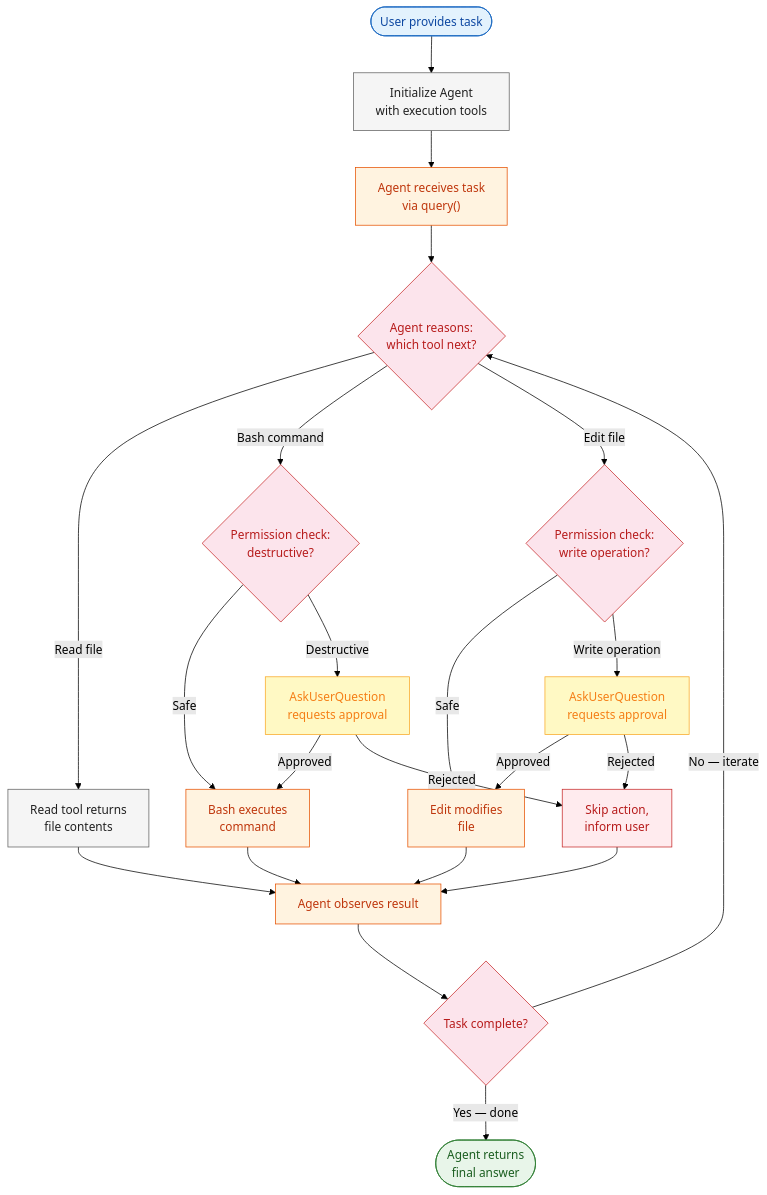
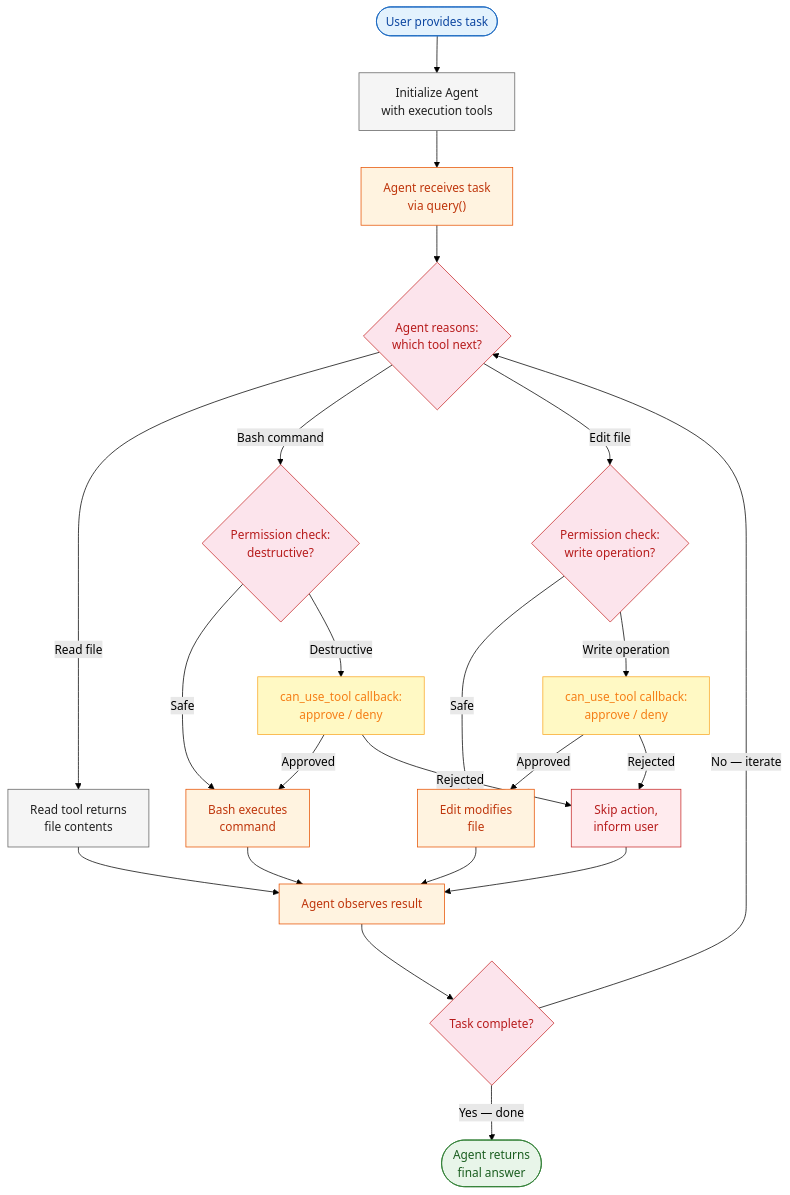
One commit to AyushSinghRana15/SDK changed the first of 4 diagrams in Module2/lab2_safe_execution.md. Above: the diagram before and after it, drawn with Mermaid (forest theme). The commit also changed other lines of this file and 10 other files, not shown here.

Commit message:
Fix prompt_stream dict format, can_use_tool input, restore outdated requirements, remove generated test files

````diff
--- a/Module2/lab2_safe_execution.md
+++ b/Module2/lab2_safe_execution.md
@@ -44,40 +45,40 @@
 ```mermaid
 flowchart TD
     A(["User provides task"]) --> B["Initialize Agent\nwith execution tools"]
     B --> C["Agent receives task\nvia query()"]
     C --> D{"Agent reasons:\nwhich tool next?"}
     D -->|"Read file"| E["Read tool returns\nfile contents"]
     D -->|"Bash command"| F{"Permission check:\ndestructive?"}
     D -->|"Edit file"| G{"Permission check:\nwrite operation?"}
     F -->|"Safe"| H["Bash executes\ncommand"]
-    F -->|"Destructive"| I["AskUserQuestion\nrequests approval"]
+    F -->|"Destructive"| I["can_use_tool callback:\napprove / deny"]
     G -->|"Safe"| J["Edit modifies\nfile"]
-    G -->|"Write operation"| K["AskUserQuestion\nrequests approval"]
+    G -->|"Write operation"| K["can_use_tool callback:\napprove / deny"]
     I -->|"Approved"| H
     I -->|"Rejected"| L["Skip action,\ninform user"]
     K -->|"Approved"| J
     K -->|"Rejected"| L
     H --> M["Agent observes result"]
     J --> M
     L --> M
     E --> M
     M --> N{"Task complete?"}
     N -->|"No — iterate"| D
     N -->|"Yes — done"| O(["Agent returns\nfinal answer"])
 
     style A fill:#e3f2fd,stroke:#1565c0,color:#0d47a1
     style B fill:#f5f5f5,stroke:#616161,color:#212121
     style C fill:#fff3e0,stroke:#e65100,color:#bf360c
     style D fill:#fce4ec,stroke:#c62828,color:#b71c1c
     style E fill:#f5f5f5,stroke:#616161,color:#212121
     style F fill:#fce4ec,stroke:#c62828,color:#b71c1c
     style G fill:#fce4ec,stroke:#c62828,color:#b71c1c
     style H fill:#fff3e0,stroke:#e65100,color:#bf360c
     style I fill:#fff9c4,stroke:#f9a825,color:#f57f17
     style J fill:#fff3e0,stroke:#e65100,color:#bf360c
     style K fill:#fff9c4,stroke:#f9a825,color:#f57f17
     style L fill:#ffebee,stroke:#c62828,color:#b71c1c
     style M fill:#fff3e0,stroke:#e65100,color:#bf360c
     style N fill:#fce4ec,stroke:#c62828,color:#b71c1c
     style O fill:#e8f5e9,stroke:#2e7d32,color:#1b5e20
 ```
````
